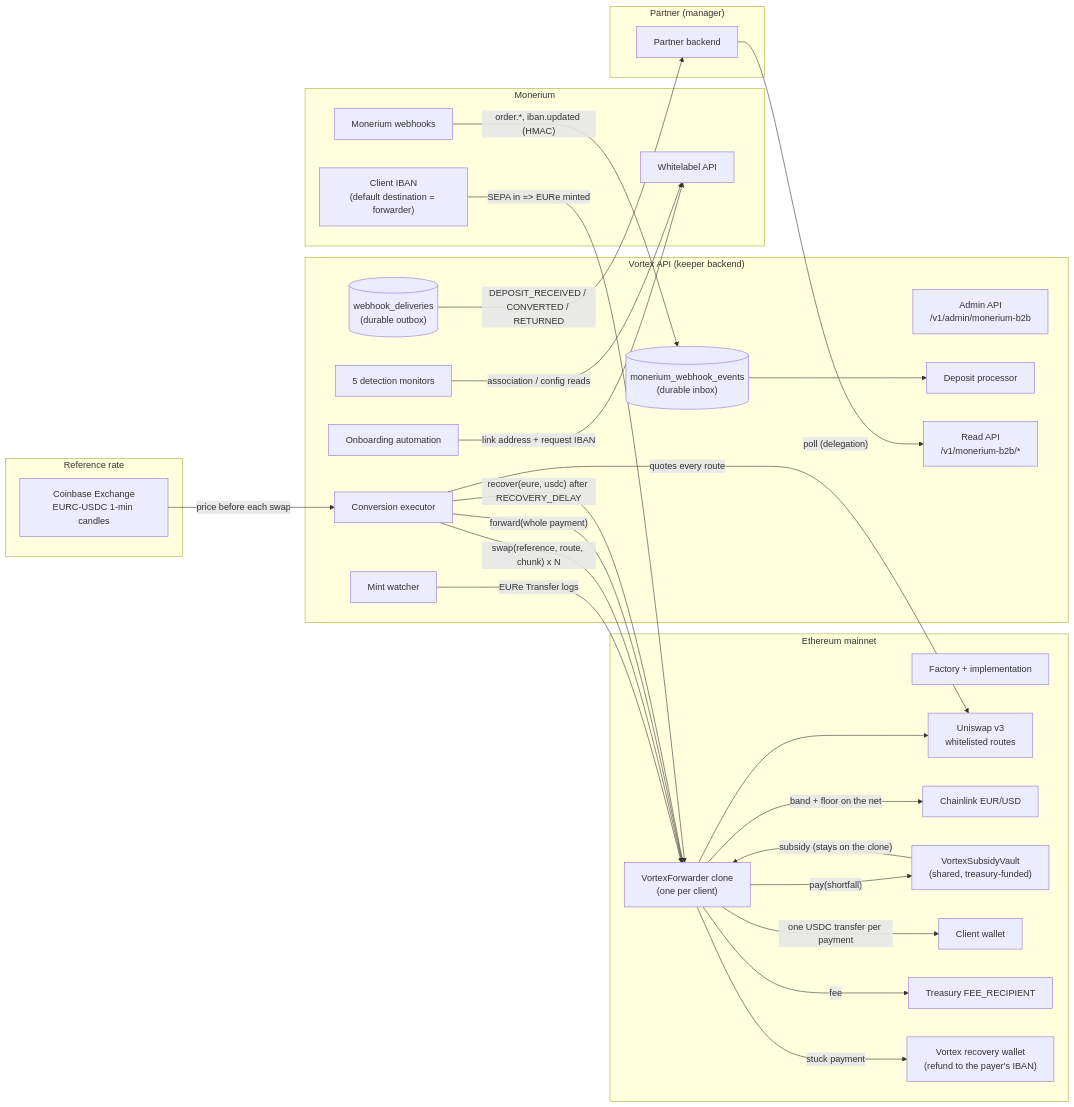
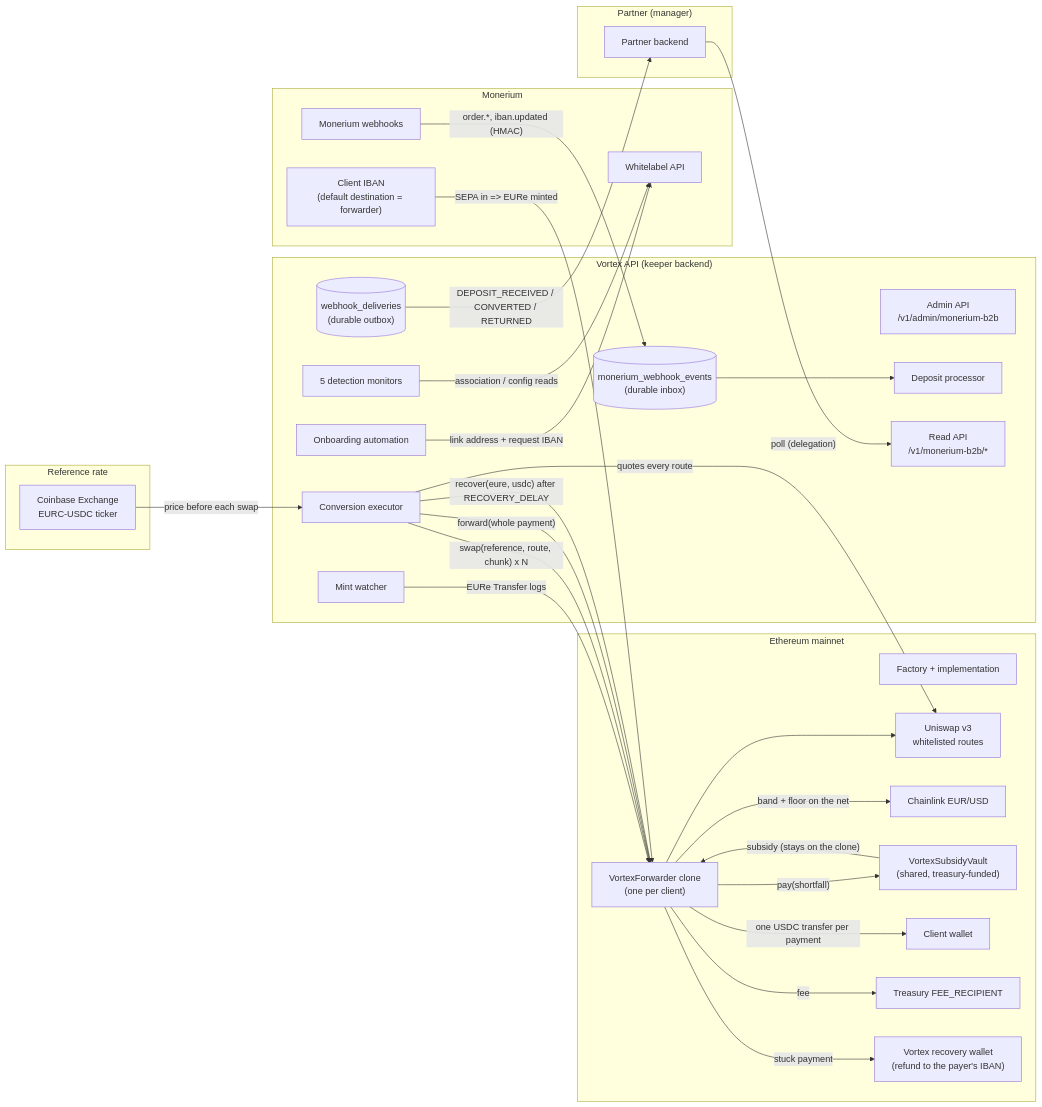
One commit to pendulum-chain/vortex changed the first of 8 diagrams in docs/architecture-monerium-b2b-onramp.md. Above: the diagram before and after it, drawn with Mermaid. The commit also changed other lines of this file and 5 other files, not shown here.

````diff
--- a/docs/architecture-monerium-b2b-onramp.md
+++ b/docs/architecture-monerium-b2b-onramp.md
@@ -41,60 +41,60 @@
 ```mermaid
 flowchart LR
     subgraph Partner["Partner (manager)"]
         PAPI[Partner backend]
     end
 
     subgraph Monerium
         IBAN["Client IBAN\n(default destination = forwarder)"]
         MAPI[Whitelabel API]
         MWH[Monerium webhooks]
     end
 
     subgraph Chain["Ethereum mainnet"]
         FWD["VortexForwarder clone\n(one per client)"]
         FACT[Factory + implementation]
         UNI[Uniswap v3\nwhitelisted routes]
         LINK[Chainlink EUR/USD]
         VAULT["VortexSubsidyVault\n(shared, treasury-funded)"]
         DEST[Client wallet]
         TREAS[Treasury FEE_RECIPIENT]
         RECOV["Vortex recovery wallet\n(refund to the payer's IBAN)"]
     end
 
     subgraph Reference["Reference rate"]
-        CB[Coinbase Exchange\nEURC-USDC 1-min candles]
+        CB[Coinbase Exchange\nEURC-USDC ticker]
     end
 
     subgraph Vortex["Vortex API (keeper backend)"]
         ADM["Admin API\n/v1/admin/monerium-b2b"]
         INBOX[("monerium_webhook_events\n(durable inbox)")]
         DP[Deposit processor]
         MW[Mint watcher]
         CE[Conversion executor]
         ONB[Onboarding automation]
         MONI[5 detection monitors]
         OUTBOX[("webhook_deliveries\n(durable outbox)")]
         READ["Read API\n/v1/monerium-b2b/*"]
     end
 
     IBAN -- "SEPA in => EURe minted" --> FWD
     MWH -- "order.*, iban.updated (HMAC)" --> INBOX
     INBOX --> DP
     MW -- "EURe Transfer logs" --> FWD
     CB -- "price before each swap" --> CE
     CE -- "quotes every route" --> UNI
     CE -- "swap(reference, route, chunk) x N" --> FWD
     CE -- "forward(whole payment)" --> FWD
     CE -- "recover(eure, usdc) after RECOVERY_DELAY" --> FWD
     FWD --> UNI
     FWD -- "band + floor on the net" --> LINK
     FWD -- "one USDC transfer per payment" --> DEST
     FWD -- fee --> TREAS
     FWD -- "pay(shortfall)" --> VAULT
     VAULT -- "subsidy (stays on the clone)" --> FWD
     FWD -- "stuck payment" --> RECOV
     ONB -- "link address + request IBAN" --> MAPI
     MONI -- "association / config reads" --> MAPI
     OUTBOX -- "DEPOSIT_RECEIVED / CONVERTED / RETURNED" --> PAPI
     PAPI -- "poll (delegation)" --> READ
 ```
````
